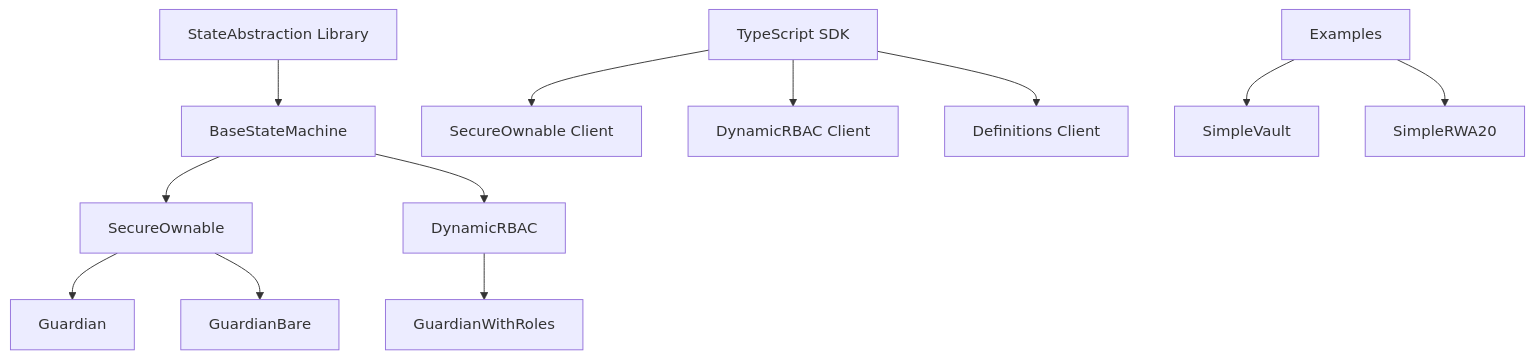
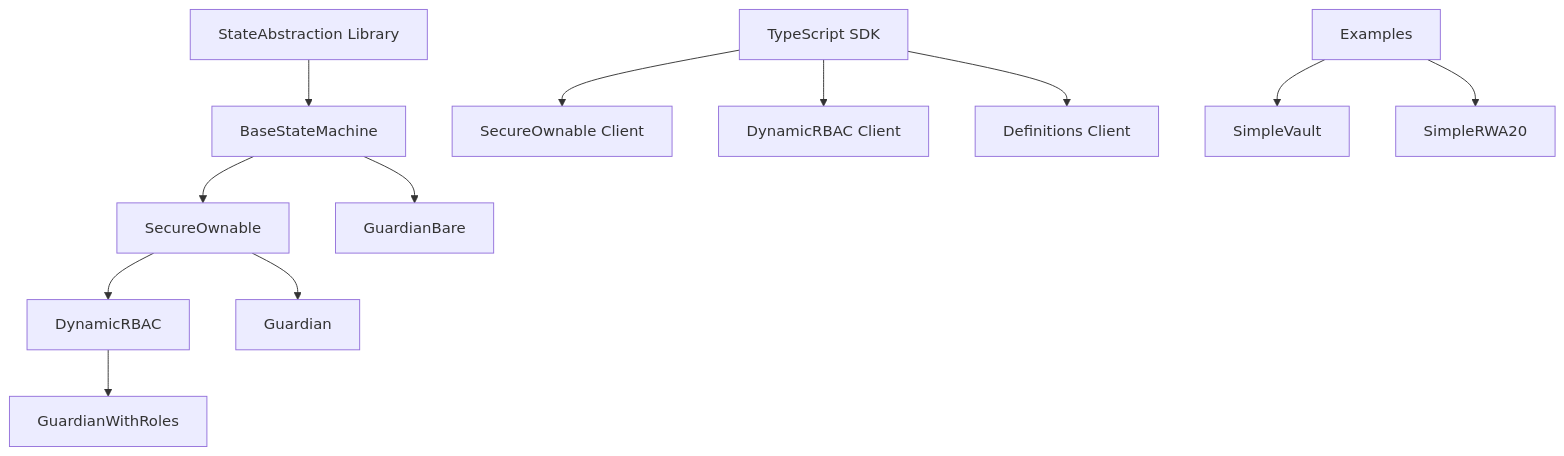
Before and after one commit to PracticalParticle/GuardianSafe: the diagram in README.md, drawn with Mermaid.

````diff
--- a/README.md
+++ b/README.md
@@ -34,16 +34,16 @@
 ```mermaid
 graph TB
     A[StateAbstraction Library] --> B[BaseStateMachine]
     B --> C[SecureOwnable]
-    B --> D[DynamicRBAC]
+    C --> D[DynamicRBAC]
     C --> E[Guardian]
-    C --> F[GuardianBare]
+    B --> F[GuardianBare]
     D --> G[GuardianWithRoles]
     
     H[TypeScript SDK] --> I[SecureOwnable Client]
     H --> J[DynamicRBAC Client]
     H --> K[Definitions Client]
     
     L[Examples] --> M[SimpleVault]
     L --> N[SimpleRWA20]
 ```
````
